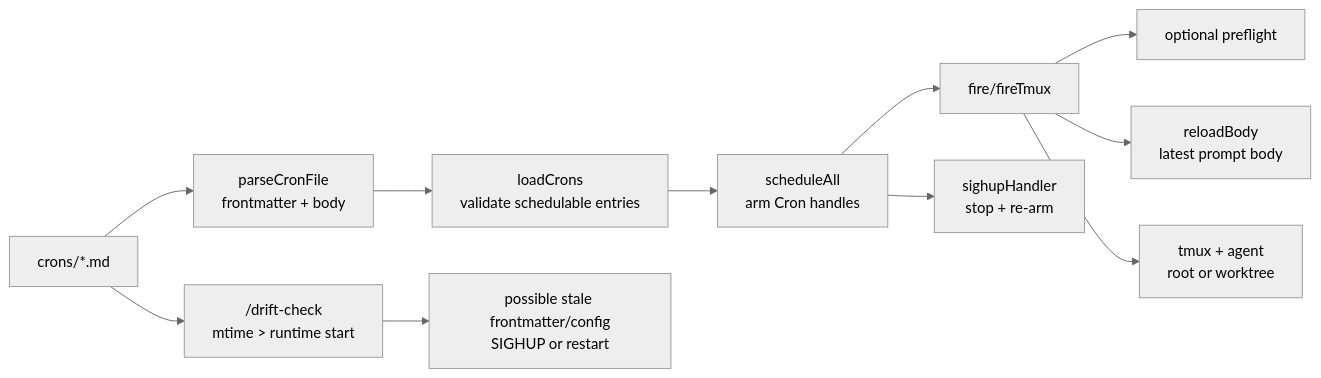
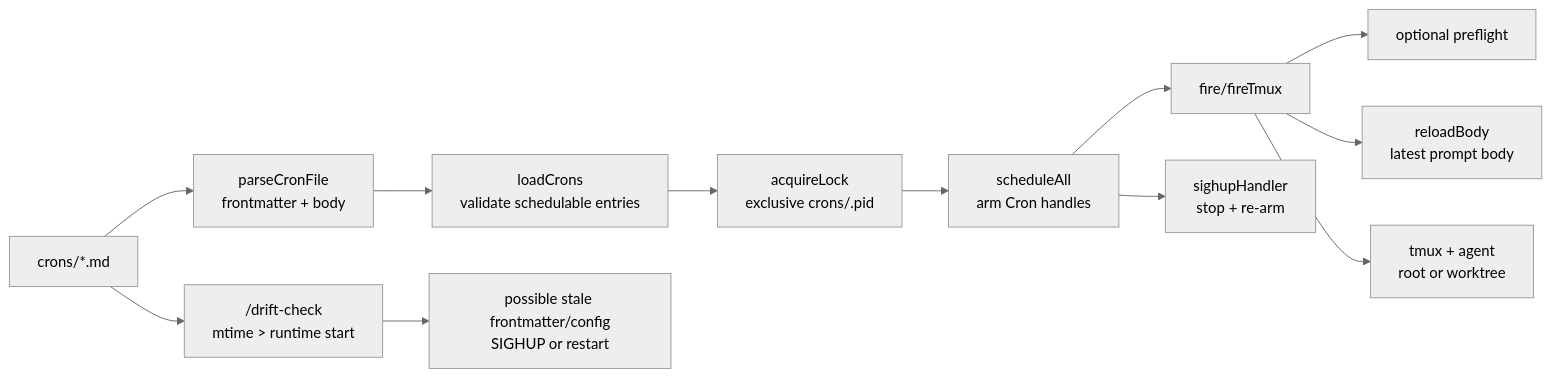
Before and after one commit to mifunedev/openharness: the diagram in wiki/cron-runtime.md, drawn with Mermaid (neutral theme). The commit also changed other lines of this file and 9 other files, not shown here.

First line of the commit message:
FROM feat/233-make-cron-singleton-lock TO development (#234)

````diff
--- a/wiki/cron-runtime.md
+++ b/wiki/cron-runtime.md
@@ -39,13 +45,14 @@
 ```mermaid
 flowchart LR
   File["crons/*.md"] --> Parse["parseCronFile<br/>frontmatter + body"]
   Parse --> Load["loadCrons<br/>validate schedulable entries"]
-  Load --> Arm["scheduleAll<br/>arm Cron handles"]
+  Load --> Lock["acquireLock<br/>exclusive crons/.pid"]
+  Lock --> Arm["scheduleAll<br/>arm Cron handles"]
   Arm --> Fire["fire/fireTmux"]
   Fire --> Preflight["optional preflight"]
   Fire --> Body["reloadBody<br/>latest prompt body"]
   Fire --> Tmux["tmux + agent<br/>root or worktree"]
   File --> Drift["/drift-check<br/>mtime > runtime start"]
   Drift --> Warn["possible stale frontmatter/config<br/>SIGHUP or restart"]
   Arm --> SIGHUP["sighupHandler<br/>stop + re-arm"]
 ```
````
